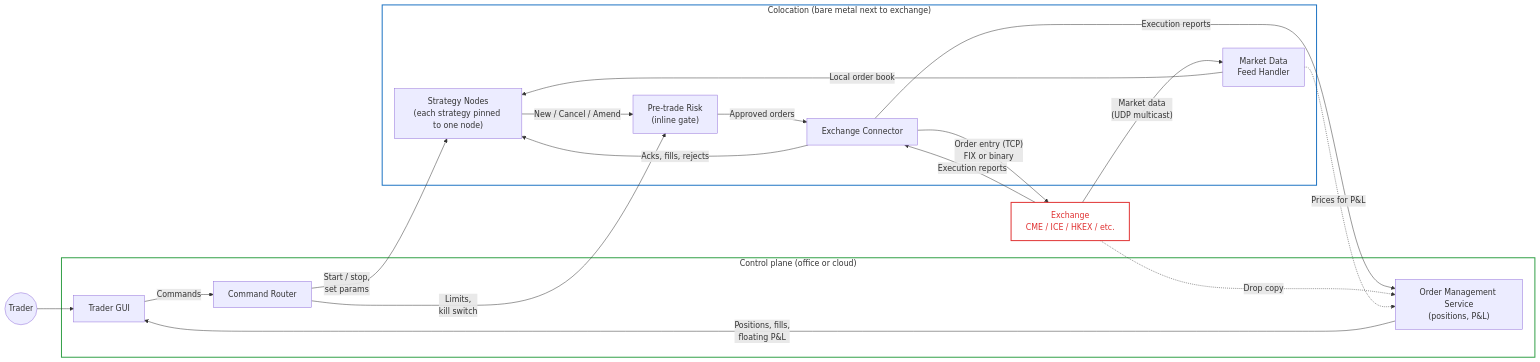
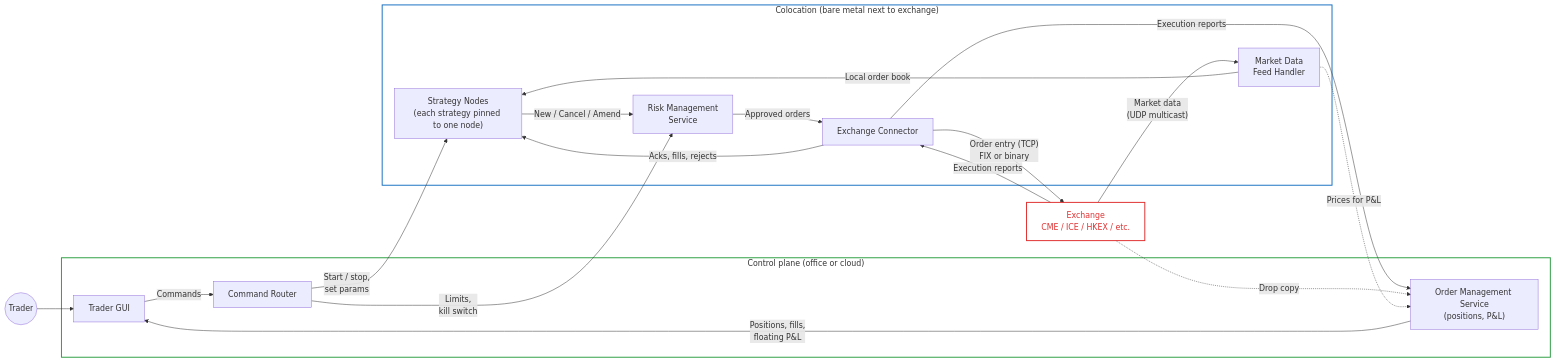
Before and after one commit to papannnn/Trading-Engine-Simulator: the first of 3 diagrams in 01-introduction/README.md, drawn with Mermaid. The commit also changed other lines of this file, not shown here.

````diff
--- a/01-introduction/README.md
+++ b/01-introduction/README.md
@@ -12,38 +12,38 @@
 ```mermaid
 flowchart LR
     Trader((Trader)) --> GUI
 
     subgraph Control["Control plane (office or cloud)"]
         GUI[Trader GUI]
         Router[Command Router]
         OMS["Order Management Service<br/>(positions, P&L)"]
         GUI -- "Commands" --> Router
         OMS -- "Positions, fills,<br/>floating P&L" --> GUI
     end
 
     subgraph Colo["Colocation (bare metal next to exchange)"]
         MDFH["Market Data<br/>Feed Handler"]
         Strategy["Strategy Nodes<br/>(each strategy pinned to one node)"]
-        Risk["Pre-trade Risk<br/>(inline gate)"]
+        Risk["Risk Management<br/>Service"]
         EC[Exchange Connector]
         MDFH -- "Local order book" --> Strategy
         Strategy -- "New / Cancel / Amend" --> Risk
         Risk -- "Approved orders" --> EC
         EC -- "Acks, fills, rejects" --> Strategy
     end
 
     Router -- "Start / stop,<br/>set params" --> Strategy
     Router -- "Limits,<br/>kill switch" --> Risk
 
     EX["Exchange<br/>CME / ICE / HKEX / etc."]
     EC -- "Order entry (TCP)<br/>FIX or binary" --> EX
     EX -- "Execution reports" --> EC
     EX -- "Market data<br/>(UDP multicast)" --> MDFH
     EC -- "Execution reports" --> OMS
     EX -. "Drop copy" .-> OMS
     MDFH -. "Prices for P&L" .-> OMS
 
     style Control fill:none,stroke:#2f9e44,stroke-width:2px
     style Colo fill:none,stroke:#1971c2,stroke-width:2px
     style EX fill:none,stroke:#e03131,stroke-width:2px,color:#e03131
 ```
````
